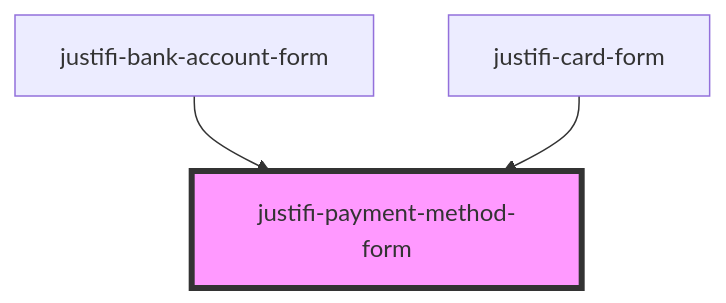
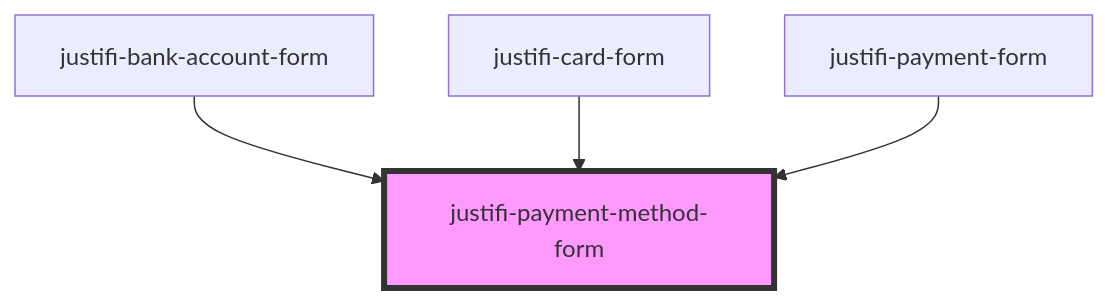
One commit to justifi-tech/web-component-library changed the diagram in stencil-library/src/components/payment-method-form/readme.md. Above: the diagram before and after it, drawn with Mermaid. The commit also changed other lines of this file and 6 other files, not shown here.

Commit message:
update payment-form to tokenize

````diff
--- a/stencil-library/src/components/payment-method-form/readme.md
+++ b/stencil-library/src/components/payment-method-form/readme.md
@@ -56,6 +57,7 @@
 ```mermaid
 graph TD;
   justifi-bank-account-form --> justifi-payment-method-form
   justifi-card-form --> justifi-payment-method-form
+  justifi-payment-form --> justifi-payment-method-form
   style justifi-payment-method-form fill:#f9f,stroke:#333,stroke-width:4px
 ```
````
